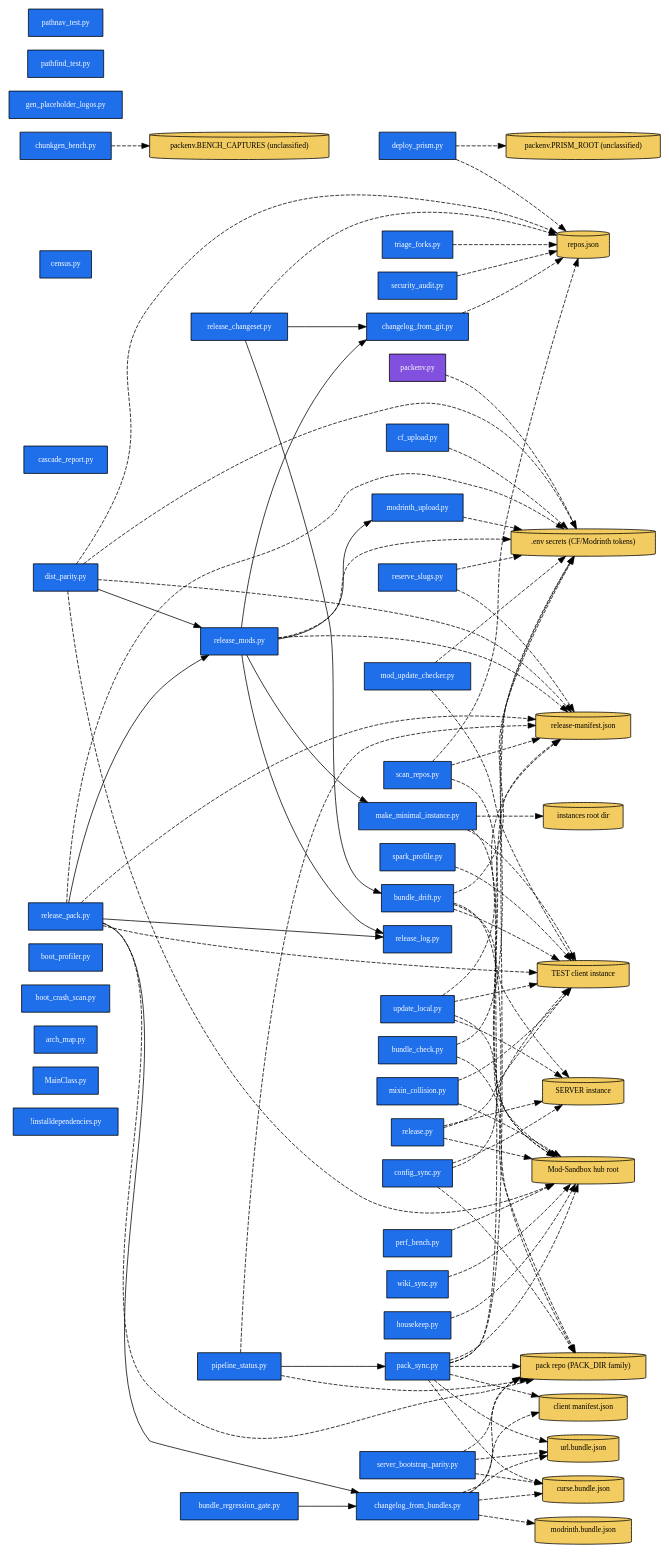
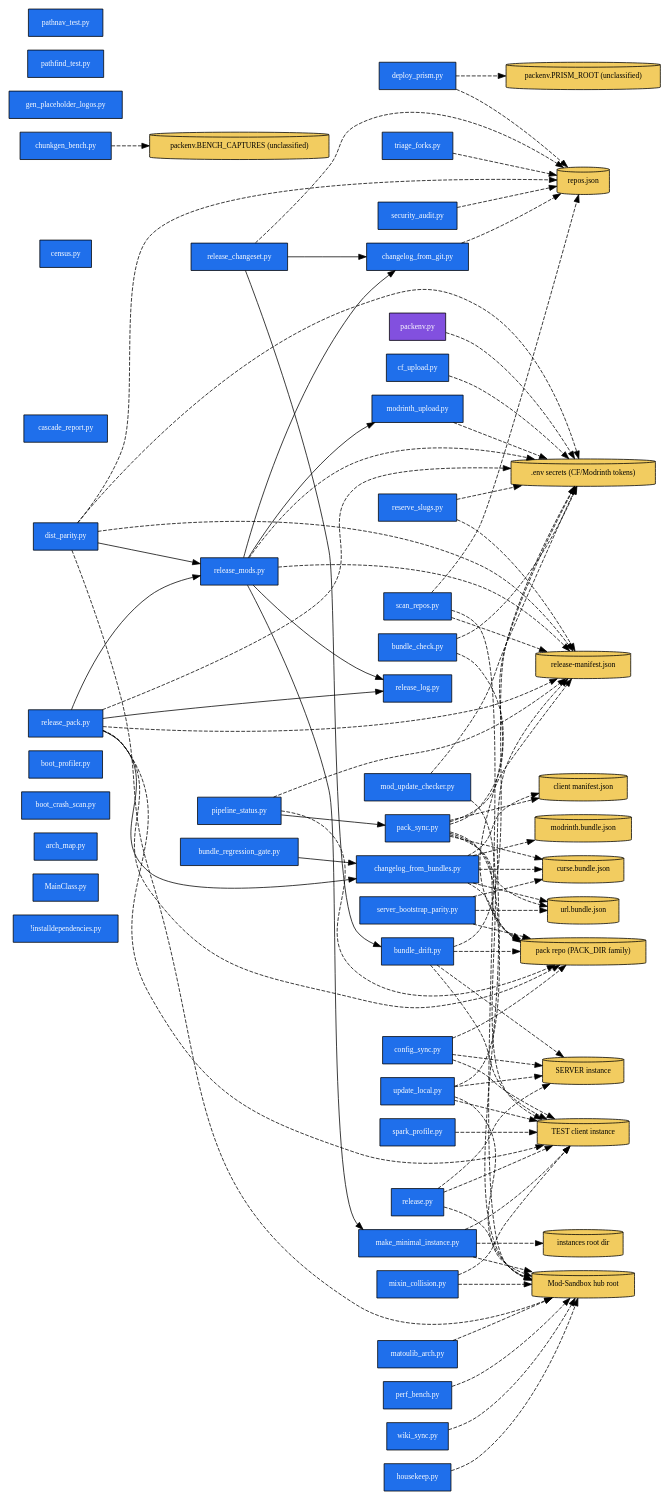
The diagram in ARCHITECTURE.dot (quentin452/Cat-Pack-Utilities), drawn with Graphviz before and after one commit. The commit also changed 2 other files, not shown here.

Commit message:
feat(tooling): matoulib_arch.py — auto-generate matoulib ARCHITECTURE seam map (flags/DSL/mixins/RPC/wiring)

```diff
--- a/ARCHITECTURE.dot
+++ b/ARCHITECTURE.dot
@@ -1,144 +1,146 @@
 digraph arch {
   rankdir=LR;
   node [shape=box, style=filled, fontsize=10];
 
   S__installdependencies [label="!installdependencies.py", fillcolor="#1f6feb", fontcolor="white"];
   S_MainClass [label="MainClass.py", fillcolor="#1f6feb", fontcolor="white"];
   S_arch_map [label="arch_map.py", fillcolor="#1f6feb", fontcolor="white"];
   S_boot_crash_scan [label="boot_crash_scan.py", fillcolor="#1f6feb", fontcolor="white"];
   S_boot_profiler [label="boot_profiler.py", fillcolor="#1f6feb", fontcolor="white"];
   S_bundle_check [label="bundle_check.py", fillcolor="#1f6feb", fontcolor="white"];
   S_bundle_drift [label="bundle_drift.py", fillcolor="#1f6feb", fontcolor="white"];
   S_bundle_regression_gate [label="bundle_regression_gate.py", fillcolor="#1f6feb", fontcolor="white"];
   S_cascade_report [label="cascade_report.py", fillcolor="#1f6feb", fontcolor="white"];
   S_census [label="census.py", fillcolor="#1f6feb", fontcolor="white"];
   S_cf_upload [label="cf_upload.py", fillcolor="#1f6feb", fontcolor="white"];
   S_changelog_from_bundles [label="changelog_from_bundles.py", fillcolor="#1f6feb", fontcolor="white"];
   S_changelog_from_git [label="changelog_from_git.py", fillcolor="#1f6feb", fontcolor="white"];
   S_chunkgen_bench [label="chunkgen_bench.py", fillcolor="#1f6feb", fontcolor="white"];
   S_config_sync [label="config_sync.py", fillcolor="#1f6feb", fontcolor="white"];
   S_deploy_prism [label="deploy_prism.py", fillcolor="#1f6feb", fontcolor="white"];
   S_dist_parity [label="dist_parity.py", fillcolor="#1f6feb", fontcolor="white"];
   S_gen_placeholder_logos [label="gen_placeholder_logos.py", fillcolor="#1f6feb", fontcolor="white"];
   S_housekeep [label="housekeep.py", fillcolor="#1f6feb", fontcolor="white"];
   S_make_minimal_instance [label="make_minimal_instance.py", fillcolor="#1f6feb", fontcolor="white"];
+  S_matoulib_arch [label="matoulib_arch.py", fillcolor="#1f6feb", fontcolor="white"];
   S_mixin_collision [label="mixin_collision.py", fillcolor="#1f6feb", fontcolor="white"];
   S_mod_update_checker [label="mod_update_checker.py", fillcolor="#1f6feb", fontcolor="white"];
   S_modrinth_upload [label="modrinth_upload.py", fillcolor="#1f6feb", fontcolor="white"];
   S_pack_sync [label="pack_sync.py", fillcolor="#1f6feb", fontcolor="white"];
   S_packenv [label="packenv.py", fillcolor="#8250df", fontcolor="white"];
   S_pathfind_test [label="pathfind_test.py", fillcolor="#1f6feb", fontcolor="white"];
   S_pathnav_test [label="pathnav_test.py", fillcolor="#1f6feb", fontcolor="white"];
   S_perf_bench [label="perf_bench.py", fillcolor="#1f6feb", fontcolor="white"];
   S_pipeline_status [label="pipeline_status.py", fillcolor="#1f6feb", fontcolor="white"];
   S_release [label="release.py", fillcolor="#1f6feb", fontcolor="white"];
   S_release_changeset [label="release_changeset.py", fillcolor="#1f6feb", fontcolor="white"];
   S_release_log [label="release_log.py", fillcolor="#1f6feb", fontcolor="white"];
   S_release_mods [label="release_mods.py", fillcolor="#1f6feb", fontcolor="white"];
   S_release_pack [label="release_pack.py", fillcolor="#1f6feb", fontcolor="white"];
   S_reserve_slugs [label="reserve_slugs.py", fillcolor="#1f6feb", fontcolor="white"];
   S_scan_repos [label="scan_repos.py", fillcolor="#1f6feb", fontcolor="white"];
   S_security_audit [label="security_audit.py", fillcolor="#1f6feb", fontcolor="white"];
   S_server_bootstrap_parity [label="server_bootstrap_parity.py", fillcolor="#1f6feb", fontcolor="white"];
   S_spark_profile [label="spark_profile.py", fillcolor="#1f6feb", fontcolor="white"];
   S_triage_forks [label="triage_forks.py", fillcolor="#1f6feb", fontcolor="white"];
   S_update_local [label="update_local.py", fillcolor="#1f6feb", fontcolor="white"];
   S_wiki_sync [label="wiki_sync.py", fillcolor="#1f6feb", fontcolor="white"];
 
   D_ART_SECRETS [label=".env secrets (CF/Modrinth tokens)", shape=cylinder, fillcolor="#f2cc60"];
   D_ART_HUB [label="Mod-Sandbox hub root", shape=cylinder, fillcolor="#f2cc60"];
   D_ART_INSTANCE_SERVER [label="SERVER instance", shape=cylinder, fillcolor="#f2cc60"];
   D_ART_INSTANCE_TEST [label="TEST client instance", shape=cylinder, fillcolor="#f2cc60"];
   D_ART_CLIENT_MANIFEST [label="client manifest.json", shape=cylinder, fillcolor="#f2cc60"];
   D_ART_CURSE_BUNDLE [label="curse.bundle.json", shape=cylinder, fillcolor="#f2cc60"];
   D_ART_INSTANCES_ROOT [label="instances root dir", shape=cylinder, fillcolor="#f2cc60"];
   D_ART_MODRINTH_BUNDLE [label="modrinth.bundle.json", shape=cylinder, fillcolor="#f2cc60"];
   D_ART_PACK_DIR [label="pack repo (PACK_DIR family)", shape=cylinder, fillcolor="#f2cc60"];
   D_ART_OTHER_BENCH_CAPTURES [label="packenv.BENCH_CAPTURES (unclassified)", shape=cylinder, fillcolor="#f2cc60"];
   D_ART_OTHER_PRISM_ROOT [label="packenv.PRISM_ROOT (unclassified)", shape=cylinder, fillcolor="#f2cc60"];
   D_ART_RELEASE_MANIFEST [label="release-manifest.json", shape=cylinder, fillcolor="#f2cc60"];
   D_ART_REPOS_JSON [label="repos.json", shape=cylinder, fillcolor="#f2cc60"];
   D_ART_URL_BUNDLE [label="url.bundle.json", shape=cylinder, fillcolor="#f2cc60"];
 
   S_bundle_regression_gate -> S_changelog_from_bundles;
   S_dist_parity -> S_release_mods;
   S_pipeline_status -> S_pack_sync;
   S_release_changeset -> S_bundle_drift;
   S_release_changeset -> S_changelog_from_git;
   S_release_mods -> S_changelog_from_git;
   S_release_mods -> S_make_minimal_instance;
   S_release_mods -> S_modrinth_upload;
   S_release_mods -> S_release_log;
   S_release_pack -> S_changelog_from_bundles;
   S_release_pack -> S_release_log;
   S_release_pack -> S_release_mods;
   S_bundle_check -> D_ART_SECRETS [style=dashed];
   S_bundle_check -> D_ART_PACK_DIR [style=dashed];
   S_bundle_drift -> D_ART_SECRETS [style=dashed];
   S_bundle_drift -> D_ART_INSTANCE_SERVER [style=dashed];
   S_bundle_drift -> D_ART_INSTANCE_TEST [style=dashed];
   S_bundle_drift -> D_ART_PACK_DIR [style=dashed];
   S_cf_upload -> D_ART_SECRETS [style=dashed];
   S_changelog_from_bundles -> D_ART_CLIENT_MANIFEST [style=dashed];
   S_changelog_from_bundles -> D_ART_CURSE_BUNDLE [style=dashed];
   S_changelog_from_bundles -> D_ART_MODRINTH_BUNDLE [style=dashed];
   S_changelog_from_bundles -> D_ART_PACK_DIR [style=dashed];
   S_changelog_from_bundles -> D_ART_URL_BUNDLE [style=dashed];
   S_changelog_from_git -> D_ART_REPOS_JSON [style=dashed];
   S_chunkgen_bench -> D_ART_OTHER_BENCH_CAPTURES [style=dashed];
   S_config_sync -> D_ART_INSTANCE_SERVER [style=dashed];
   S_config_sync -> D_ART_INSTANCE_TEST [style=dashed];
   S_config_sync -> D_ART_PACK_DIR [style=dashed];
   S_deploy_prism -> D_ART_OTHER_PRISM_ROOT [style=dashed];
   S_deploy_prism -> D_ART_REPOS_JSON [style=dashed];
   S_dist_parity -> D_ART_SECRETS [style=dashed];
   S_dist_parity -> D_ART_HUB [style=dashed];
   S_dist_parity -> D_ART_RELEASE_MANIFEST [style=dashed];
   S_dist_parity -> D_ART_REPOS_JSON [style=dashed];
   S_housekeep -> D_ART_HUB [style=dashed];
   S_make_minimal_instance -> D_ART_HUB [style=dashed];
   S_make_minimal_instance -> D_ART_INSTANCE_TEST [style=dashed];
   S_make_minimal_instance -> D_ART_INSTANCES_ROOT [style=dashed];
+  S_matoulib_arch -> D_ART_HUB [style=dashed];
   S_mixin_collision -> D_ART_HUB [style=dashed];
   S_mixin_collision -> D_ART_INSTANCE_TEST [style=dashed];
   S_mod_update_checker -> D_ART_SECRETS [style=dashed];
   S_mod_update_checker -> D_ART_INSTANCE_TEST [style=dashed];
   S_modrinth_upload -> D_ART_SECRETS [style=dashed];
   S_pack_sync -> D_ART_SECRETS [style=dashed];
   S_pack_sync -> D_ART_HUB [style=dashed];
   S_pack_sync -> D_ART_CLIENT_MANIFEST [style=dashed];
   S_pack_sync -> D_ART_CURSE_BUNDLE [style=dashed];
   S_pack_sync -> D_ART_PACK_DIR [style=dashed];
   S_pack_sync -> D_ART_RELEASE_MANIFEST [style=dashed];
   S_pack_sync -> D_ART_URL_BUNDLE [style=dashed];
   S_packenv -> D_ART_SECRETS [style=dashed];
   S_perf_bench -> D_ART_HUB [style=dashed];
   S_pipeline_status -> D_ART_PACK_DIR [style=dashed];
   S_pipeline_status -> D_ART_RELEASE_MANIFEST [style=dashed];
   S_release -> D_ART_HUB [style=dashed];
   S_release -> D_ART_INSTANCE_SERVER [style=dashed];
   S_release -> D_ART_INSTANCE_TEST [style=dashed];
   S_release_changeset -> D_ART_REPOS_JSON [style=dashed];
   S_release_mods -> D_ART_SECRETS [style=dashed];
   S_release_mods -> D_ART_RELEASE_MANIFEST [style=dashed];
   S_release_pack -> D_ART_SECRETS [style=dashed];
   S_release_pack -> D_ART_INSTANCE_TEST [style=dashed];
   S_release_pack -> D_ART_PACK_DIR [style=dashed];
   S_release_pack -> D_ART_RELEASE_MANIFEST [style=dashed];
   S_reserve_slugs -> D_ART_SECRETS [style=dashed];
   S_reserve_slugs -> D_ART_RELEASE_MANIFEST [style=dashed];
   S_scan_repos -> D_ART_HUB [style=dashed];
   S_scan_repos -> D_ART_RELEASE_MANIFEST [style=dashed];
   S_scan_repos -> D_ART_REPOS_JSON [style=dashed];
   S_security_audit -> D_ART_REPOS_JSON [style=dashed];
   S_server_bootstrap_parity -> D_ART_CURSE_BUNDLE [style=dashed];
   S_server_bootstrap_parity -> D_ART_PACK_DIR [style=dashed];
   S_server_bootstrap_parity -> D_ART_URL_BUNDLE [style=dashed];
   S_spark_profile -> D_ART_INSTANCE_TEST [style=dashed];
   S_triage_forks -> D_ART_REPOS_JSON [style=dashed];
   S_update_local -> D_ART_HUB [style=dashed];
   S_update_local -> D_ART_INSTANCE_SERVER [style=dashed];
   S_update_local -> D_ART_INSTANCE_TEST [style=dashed];
   S_update_local -> D_ART_RELEASE_MANIFEST [style=dashed];
   S_wiki_sync -> D_ART_HUB [style=dashed];
 }
```
